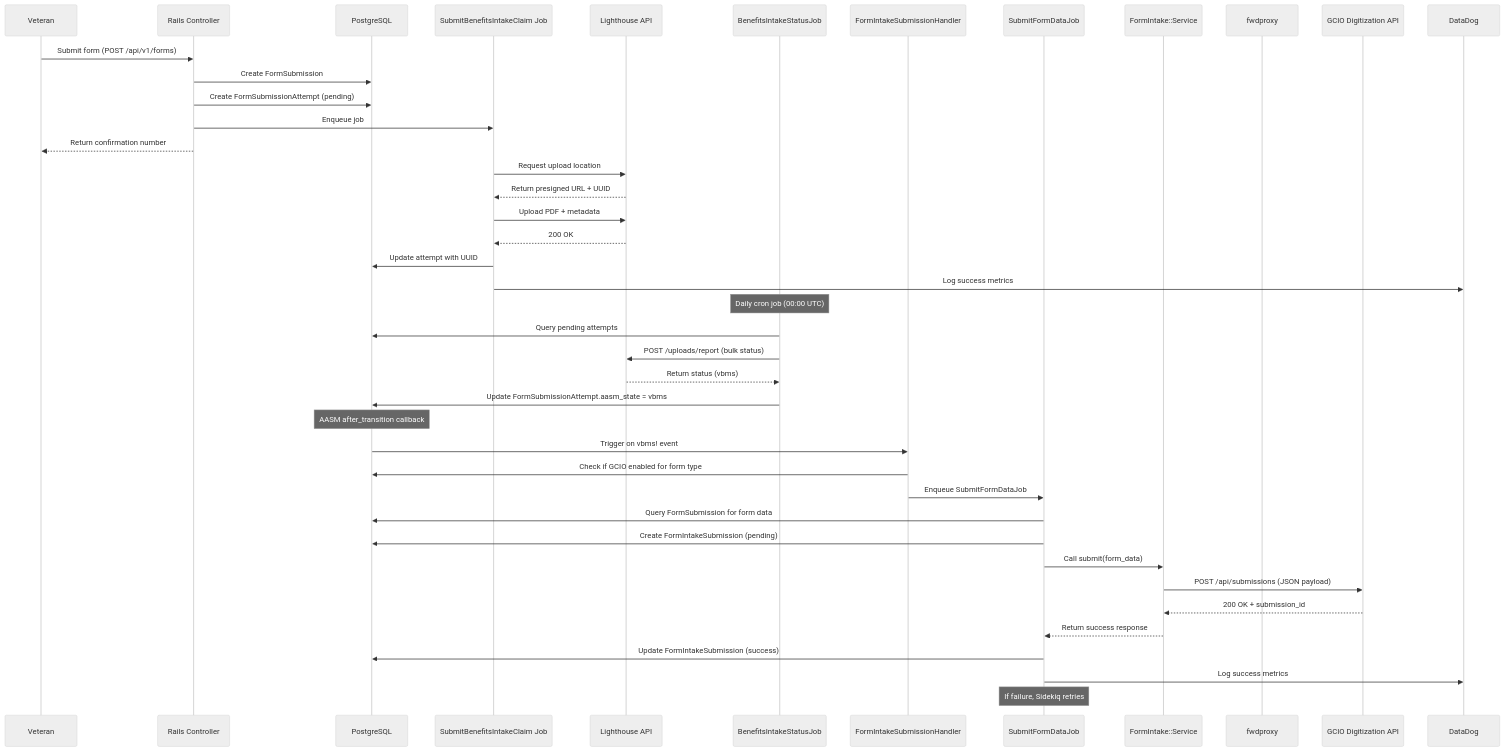
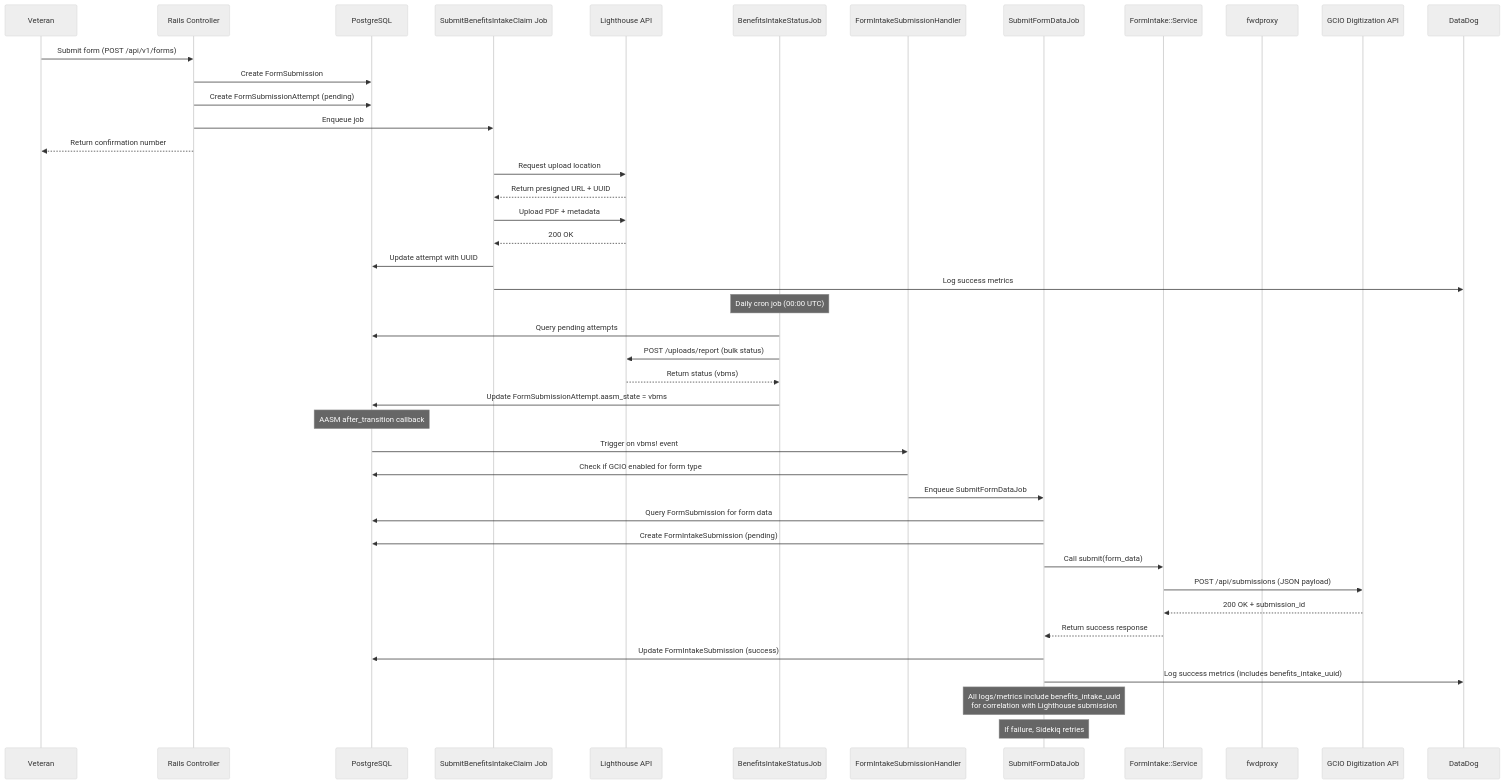
Before and after one commit to department-of-veterans-affairs/vets-api: the fourth of 7 diagrams in docs/architecture/gcio-integration/c4-diagrams.md, drawn with Mermaid (neutral theme). The commit also changed other lines of this file and 4 other files, not shown here.

Commit message:
add benefits_intake_uuid to logging and metrics for correlation

````diff
--- a/docs/architecture/gcio-integration/c4-diagrams.md
+++ b/docs/architecture/gcio-integration/c4-diagrams.md
@@ -127,51 +127,52 @@
 ```mermaid
 sequenceDiagram
     participant V as Veteran
     participant R as Rails Controller
     participant DB as PostgreSQL
     participant S1 as SubmitBenefitsIntakeClaim Job
     participant LH as Lighthouse API
     participant S2 as BenefitsIntakeStatusJob
     participant H as FormIntakeSubmissionHandler
     participant S3 as SubmitFormDataJob
     participant GS as FormIntake::Service
     participant FP as fwdproxy
     participant GCIO as GCIO Digitization API
     participant DD as DataDog
 
     V->>R: Submit form (POST /api/v1/forms)
     R->>DB: Create FormSubmission
     R->>DB: Create FormSubmissionAttempt (pending)
     R->>S1: Enqueue job
     R-->>V: Return confirmation number
     
     S1->>LH: Request upload location
     LH-->>S1: Return presigned URL + UUID
     S1->>LH: Upload PDF + metadata
     LH-->>S1: 200 OK
     S1->>DB: Update attempt with UUID
     S1->>DD: Log success metrics
     
     Note over S2: Daily cron job (00:00 UTC)
     S2->>DB: Query pending attempts
     S2->>LH: POST /uploads/report (bulk status)
     LH-->>S2: Return status (vbms)
     S2->>DB: Update FormSubmissionAttempt.aasm_state = vbms
     
     Note over DB: AASM after_transition callback
     DB->>H: Trigger on vbms! event
     H->>DB: Check if GCIO enabled for form type
     H->>S3: Enqueue SubmitFormDataJob
     
     S3->>DB: Query FormSubmission for form data
     S3->>DB: Create FormIntakeSubmission (pending)
     S3->>GS: Call submit(form_data)
     GS->>GCIO: POST /api/submissions (JSON payload)
     GCIO-->>GS: 200 OK + submission_id
     GS-->>S3: Return success response
     S3->>DB: Update FormIntakeSubmission (success)
-    S3->>DD: Log success metrics
+    S3->>DD: Log success metrics (includes benefits_intake_uuid)
     
+    Note over S3: All logs/metrics include benefits_intake_uuid<br/>for correlation with Lighthouse submission
     Note over S3: If failure, Sidekiq retries
     
 ```
````
